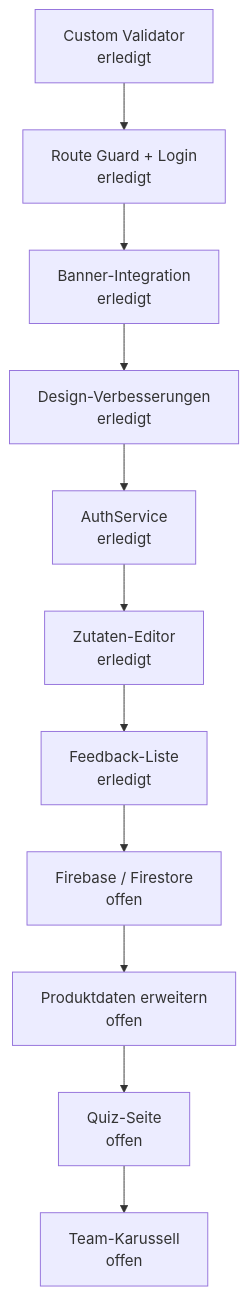
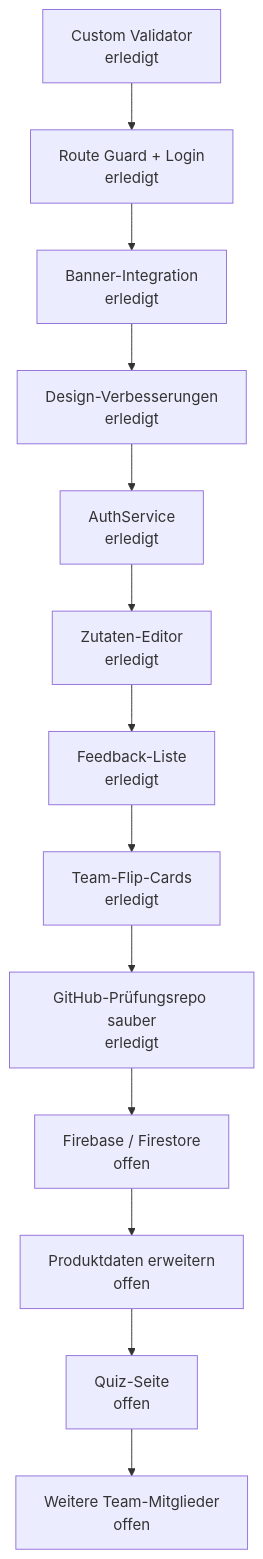
Before and after one commit to denisaandreea-a/McDenisa-Website-Pruefung: the fourth of 4 diagrams in docs/wiki.md, drawn with Mermaid. The commit also changed other lines of this file, not shown here.

````diff
--- a/docs/wiki.md
+++ b/docs/wiki.md
@@ -389,13 +470,15 @@
 ```mermaid
 flowchart TD
   D1["Custom Validator\nerledigt"] --> D2["Route Guard + Login\nerledigt"]
   D2 --> D3["Banner-Integration\nerledigt"]
   D3 --> D4["Design-Verbesserungen\nerledigt"]
   D4 --> D5["AuthService\nerledigt"]
   D5 --> D6["Zutaten-Editor\nerledigt"]
   D6 --> D7["Feedback-Liste\nerledigt"]
-  D7 --> N1["Firebase / Firestore\noffen"]
+  D7 --> D8["Team-Flip-Cards\nerledigt"]
+  D8 --> D9["GitHub-Prüfungsrepo sauber\nerledigt"]
+  D9 --> N1["Firebase / Firestore\noffen"]
   N1 --> N2["Produktdaten erweitern\noffen"]
   N2 --> N3["Quiz-Seite\noffen"]
-  N3 --> N4["Team-Karussell\noffen"]
+  N3 --> N4["Weitere Team-Mitglieder\noffen"]
 ```
````
